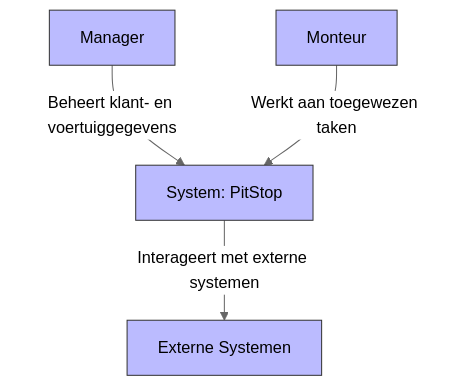
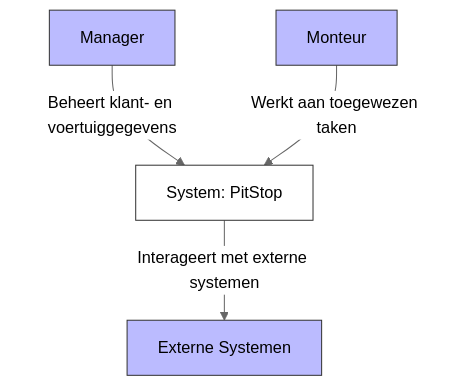
One commit to hanaim-devops/pitstop-team-luna changed the first of 3 diagrams in src/README.md. Above: the diagram before and after it, drawn with Mermaid (neutral theme). The commit also changed other lines of this file, not shown here.

Commit message:
Voeg een legenda en beschrijvingen toe aan het C4 diagram

````diff
--- a/src/README.md
+++ b/src/README.md
@@ -11,16 +13,15 @@
 ```mermaid
 graph TD
     style Manager fill:#bbf,stroke:#333,stroke-width:1px,color:#000000
     style Monteur fill:#bbf,stroke:#333,stroke-width:1px,color:#000000
-    style PitStop fill:#bbf,stroke:#333,stroke-width:1px,color:#000000
+    style PitStop fill:#fff,stroke:#333,stroke-width:1px,color:#000000
     style Externe_APIs fill:#bbf,stroke:#333,stroke-width:1px,color:#000000
     Manager -->|Beheert klant- en voertuiggegevens| PitStop
     Monteur -->|Werkt aan toegewezen taken| PitStop
     PitStop -->|Interageert met externe systemen| Externe_APIs
 
     Manager[Manager]
     Monteur[Monteur]
     PitStop[System: PitStop]
     Externe_APIs[Externe Systemen]
-    
 ```
````
